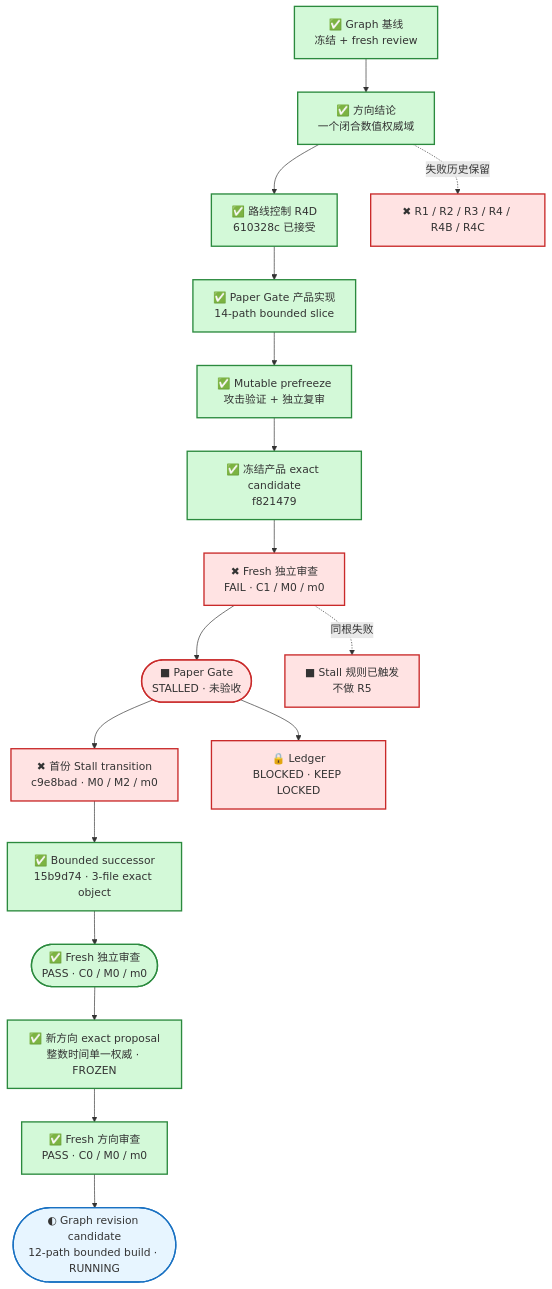
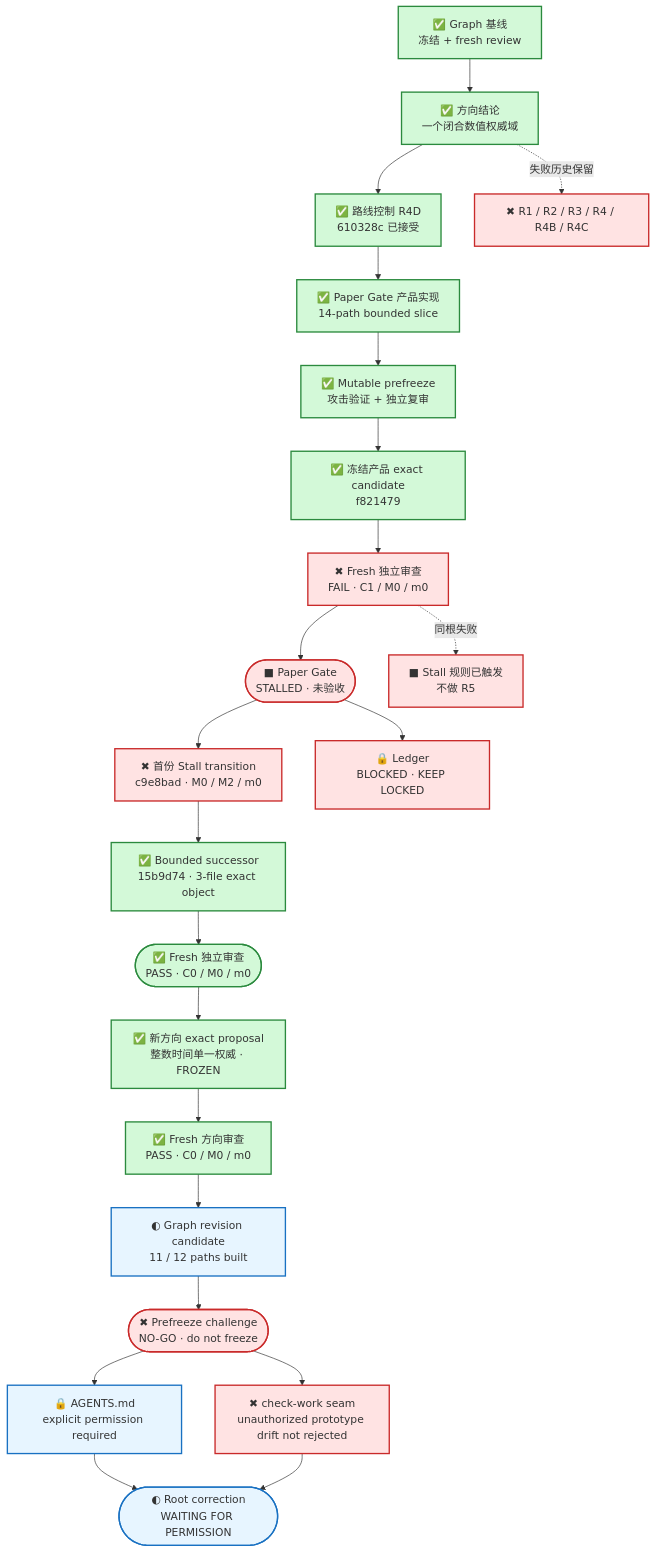
The first of 2 diagrams in MyBrain/automation/reports/investment-discipline-system/CURRENT_PROGRESS.md (j-a-v-e-n/knowledge-vault), drawn with Mermaid before and after one commit. The commit also changed other lines of this file, not shown here.

````diff
--- a/MyBrain/automation/reports/investment-discipline-system/CURRENT_PROGRESS.md
+++ b/MyBrain/automation/reports/investment-discipline-system/CURRENT_PROGRESS.md
@@ -7,28 +7,33 @@
 ```mermaid
 flowchart TB
     G["✅ Graph 基线<br/>冻结 + fresh review"] --> D["✅ 方向结论<br/>一个闭合数值权威域"]
     D --> R["✅ 路线控制 R4D<br/>610328c 已接受"]
     R --> S["✅ Paper Gate 产品实现<br/>14-path bounded slice"]
     S --> P["✅ Mutable prefreeze<br/>攻击验证 + 独立复审"]
     P --> K["✅ 冻结产品 exact candidate<br/>f821479"]
     K --> W["✖ Fresh 独立审查<br/>FAIL · C1 / M0 / m0"]
     W --> A(["■ Paper Gate<br/>STALLED · 未验收"])
     A --> C9["✖ 首份 Stall transition<br/>c9e8bad · M0 / M2 / m0"]
     C9 --> N["✅ Bounded successor<br/>15b9d74 · 3-file exact object"]
     N --> Q(["✅ Fresh 独立审查<br/>PASS · C0 / M0 / m0"])
     Q --> DP["✅ 新方向 exact proposal<br/>整数时间单一权威 · FROZEN"]
     DP --> DR["✅ Fresh 方向审查<br/>PASS · C0 / M0 / m0"]
-    DR --> GR(["◐ Graph revision candidate<br/>12-path bounded build · RUNNING"])
+    DR --> GR["◐ Graph revision candidate<br/>11 / 12 paths built"]
+    GR --> PF(["✖ Prefreeze challenge<br/>NO-GO · do not freeze"])
+    PF --> B1["🔒 AGENTS.md<br/>explicit permission required"]
+    PF --> B2["✖ check-work seam<br/>unauthorized prototype drift not rejected"]
+    B1 --> FIX(["◐ Root correction<br/>WAITING FOR PERMISSION"])
+    B2 --> FIX
     A --> L["🔒 Ledger<br/>BLOCKED · KEEP LOCKED"]
 
     D -. "失败历史保留" .-> F["✖ R1 / R2 / R3 / R4 / R4B / R4C"]
     W -. "同根失败" .-> H["■ Stall 规则已触发<br/>不做 R5"]
 
     classDef done fill:#d3f9d8,stroke:#2b8a3e,stroke-width:2px;
     classDef failed fill:#ffe3e3,stroke:#c92a2a,stroke-width:2px;
     classDef running fill:#e7f5ff,stroke:#1971c2,stroke-width:2px;
     class G,D,R,S,P,K done;
     class N,Q,DP,DR done;
-    class W,A,C9,F,H,L failed;
-    class GR running;
+    class W,A,C9,F,H,L,PF,B2 failed;
+    class GR,B1,FIX running;
 ```
````
